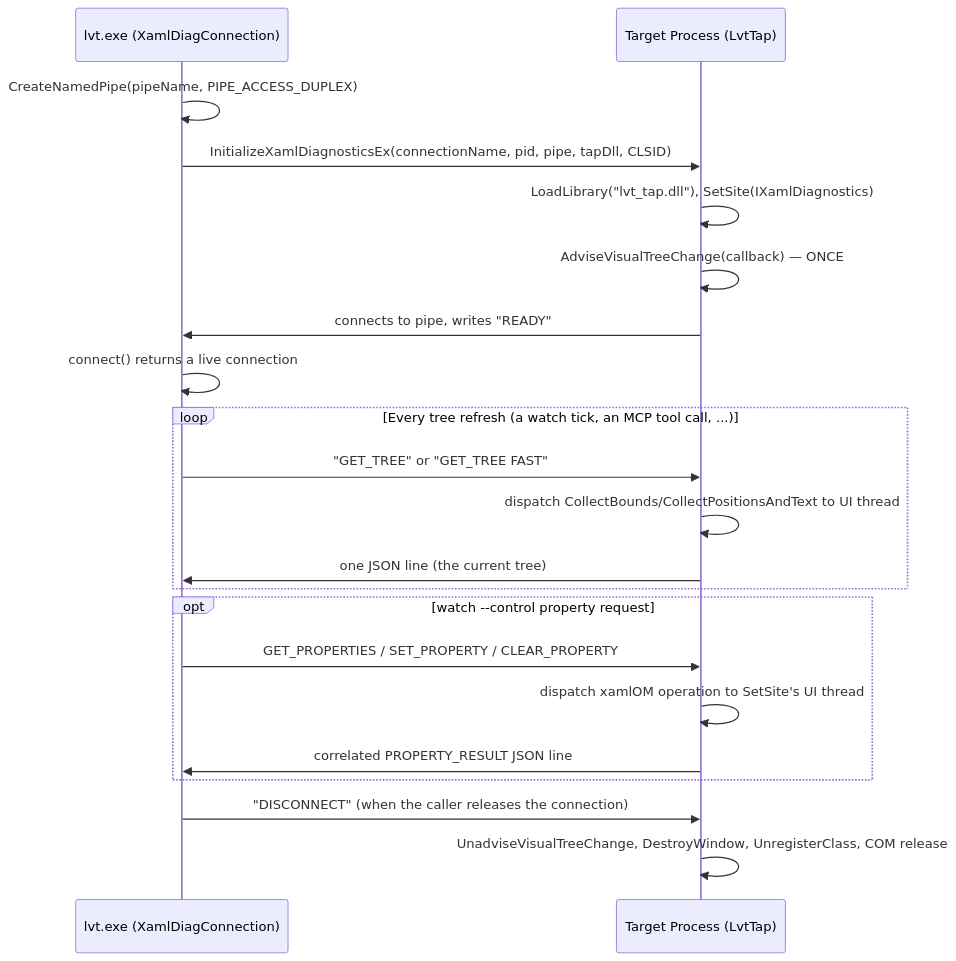
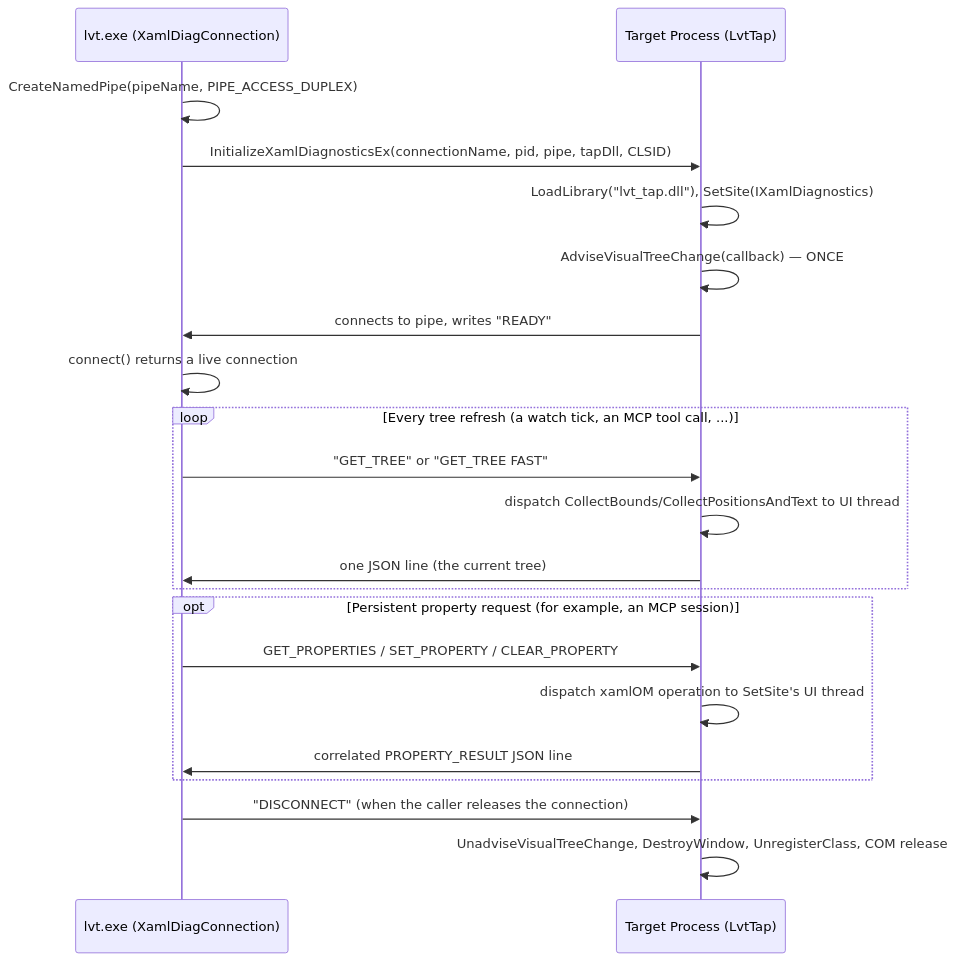
Before and after one commit to asklar/lvt: the first of 3 diagrams in docs/tap-dll-design.md, drawn with Mermaid. The commit also changed other lines of this file and 14 other files, not shown here.

First line of the commit message:
Route visual property editing through MCP

````diff
--- a/docs/tap-dll-design.md
+++ b/docs/tap-dll-design.md
@@ -11,27 +11,27 @@
 ```mermaid
 sequenceDiagram
     participant lvt as lvt.exe (XamlDiagConnection)
     participant target as Target Process (LvtTap)
 
     lvt->>lvt: CreateNamedPipe(pipeName, PIPE_ACCESS_DUPLEX)
     lvt->>target: InitializeXamlDiagnosticsEx(connectionName, pid, pipe, tapDll, CLSID)
     target->>target: LoadLibrary("lvt_tap.dll"), SetSite(IXamlDiagnostics)
     target->>target: AdviseVisualTreeChange(callback) — ONCE
     target->>lvt: connects to pipe, writes "READY"
     lvt->>lvt: connect() returns a live connection
 
     loop Every tree refresh (a watch tick, an MCP tool call, ...)
         lvt->>target: "GET_TREE" or "GET_TREE FAST"
         target->>target: dispatch CollectBounds/CollectPositionsAndText to UI thread
         target->>lvt: one JSON line (the current tree)
     end
 
-    opt watch --control property request
+    opt Persistent property request (for example, an MCP session)
         lvt->>target: GET_PROPERTIES / SET_PROPERTY / CLEAR_PROPERTY
         target->>target: dispatch xamlOM operation to SetSite's UI thread
         target->>lvt: correlated PROPERTY_RESULT JSON line
     end
 
     lvt->>target: "DISCONNECT" (when the caller releases the connection)
     target->>target: UnadviseVisualTreeChange, DestroyWindow, UnregisterClass, COM release
 ```
````
